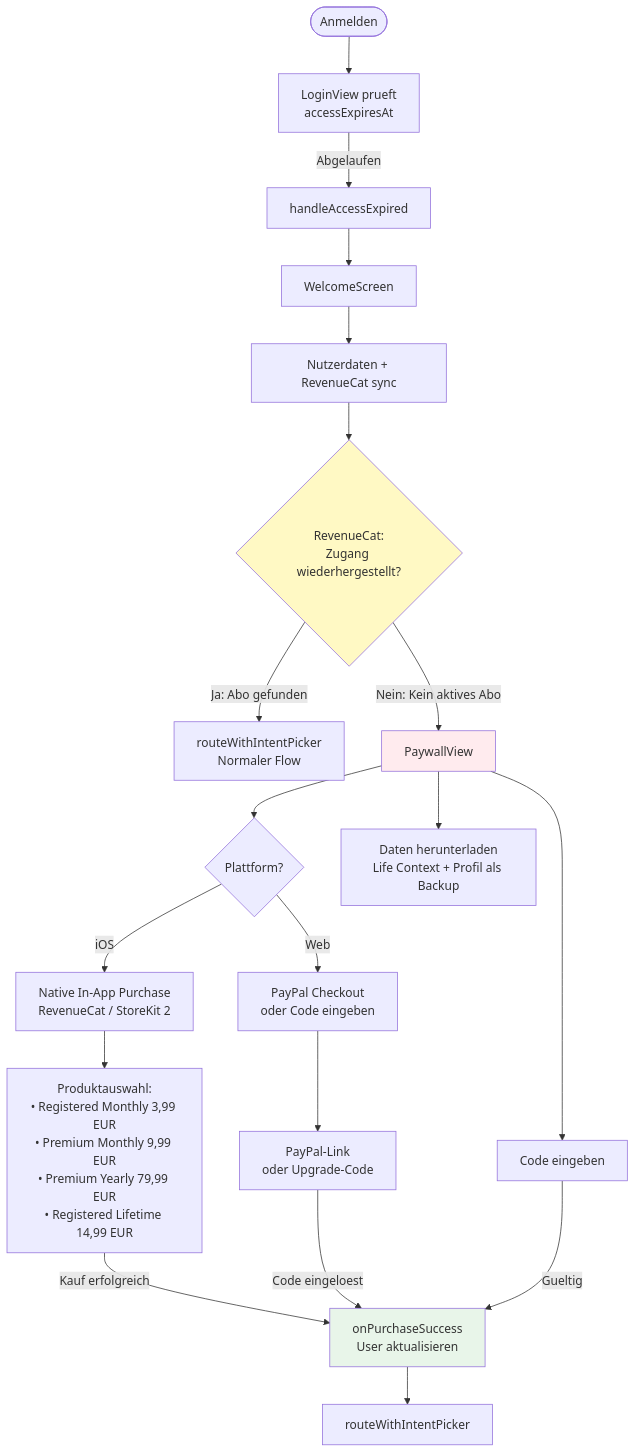
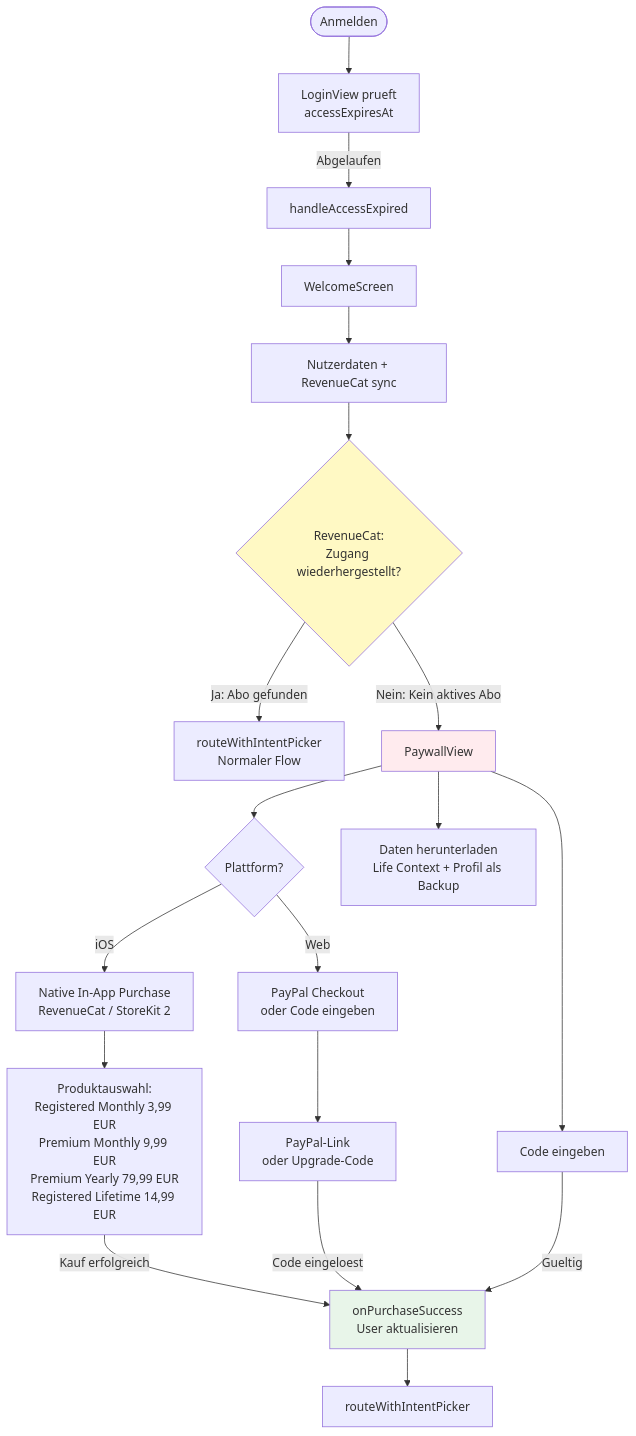
The fifth of 11 diagrams in DOCUMENTATION/UX-FLOWS.md (herold74/Meaningful-Conversations), drawn with Mermaid before and after one commit. The commit also changed other lines of this file and 11 other files, not shown here.

First line of the commit message:
docs: comprehensive documentation audit — fix inaccuracies, update timelines, correct UX flows

````diff
--- a/DOCUMENTATION/UX-FLOWS.md
+++ b/DOCUMENTATION/UX-FLOWS.md
@@ -214,33 +214,33 @@
 ```mermaid
 flowchart TD
     LOGIN([Anmelden]) --> CHECK[LoginView prueft<br/>accessExpiresAt]
     CHECK -->|Abgelaufen| EXPIRED[handleAccessExpired]
 
     EXPIRED --> WELCOME[WelcomeScreen]
     WELCOME --> LOAD[Nutzerdaten + RevenueCat sync]
     LOAD --> RC_SYNC{RevenueCat:<br/>Zugang wiederhergestellt?}
 
     RC_SYNC -->|Ja: Abo gefunden| RESTORED[routeWithIntentPicker<br/>Normaler Flow]
     RC_SYNC -->|Nein: Kein aktives Abo| PAYWALL[PaywallView]
 
     PAYWALL --> OPTIONS{Plattform?}
 
     OPTIONS -->|iOS| IOS_OPTIONS[Native In-App Purchase<br/>RevenueCat / StoreKit 2]
     OPTIONS -->|Web| WEB_OPTIONS[PayPal Checkout<br/>oder Code eingeben]
 
-    IOS_OPTIONS --> IAP_PRODUCTS[Produktauswahl:<br/>• Registered Monthly 3,99 EUR<br/>• Premium Monthly 9,99 EUR<br/>• Premium Yearly 79,99 EUR<br/>• Registered Lifetime 14,99 EUR]
+    IOS_OPTIONS --> IAP_PRODUCTS[Produktauswahl:<br/>Registered Monthly 3,99 EUR<br/>Premium Monthly 9,99 EUR<br/>Premium Yearly 79,99 EUR<br/>Registered Lifetime 14,99 EUR]
     WEB_OPTIONS --> PAYPAL[PayPal-Link<br/>oder Upgrade-Code]
 
     IAP_PRODUCTS -->|Kauf erfolgreich| PURCHASE_SUCCESS[onPurchaseSuccess<br/>User aktualisieren]
     PAYPAL -->|Code eingeloest| PURCHASE_SUCCESS
 
     PURCHASE_SUCCESS --> ROUTE[routeWithIntentPicker]
 
     PAYWALL --> DOWNLOAD[Daten herunterladen<br/>Life Context + Profil als Backup]
     PAYWALL --> CODE[Code eingeben]
     CODE -->|Gueltig| PURCHASE_SUCCESS
 
     style PAYWALL fill:#ffebee
     style PURCHASE_SUCCESS fill:#e8f5e9
     style RC_SYNC fill:#fff9c4
 ```
````
